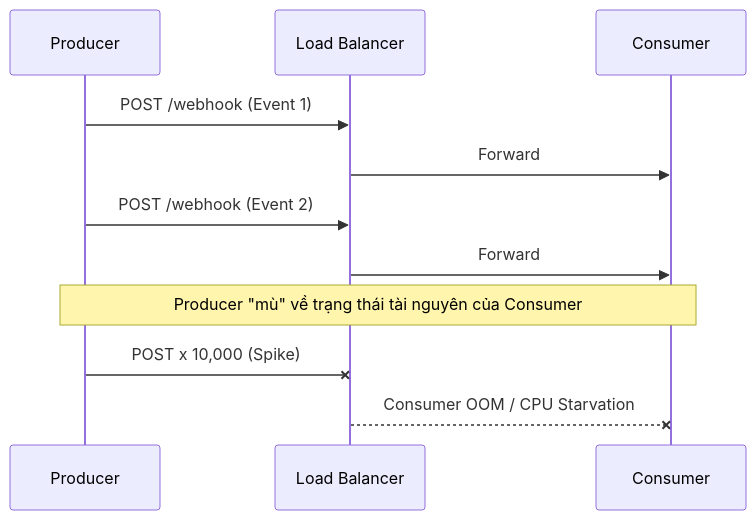
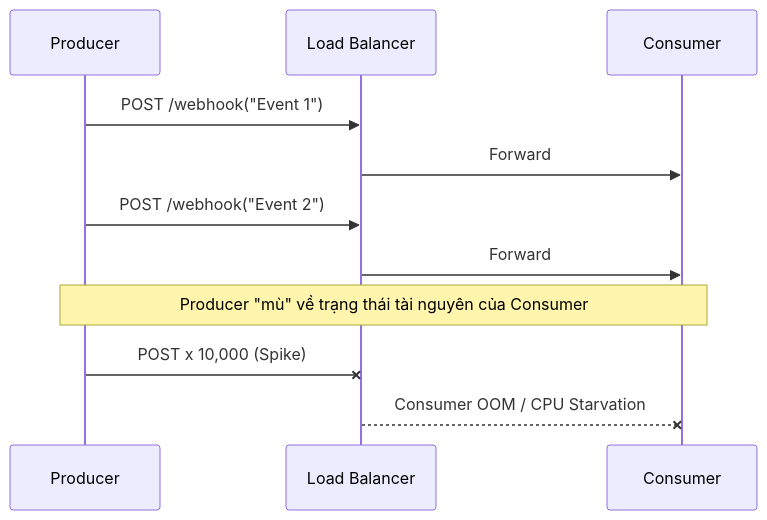
The first of 2 diagrams in src/content/docs/concepts/1-distributed-systems-architecture/push-pull-delivery.md (kythuatdulieu/kythuatdulieu.github.io), drawn with Mermaid before and after one commit. The commit also changed other lines of this file and 190 other files, not shown here.

Commit message:
fix: resolve mermaid syntax, math rendering, and metadata issues from content rewrite

````diff
--- a/src/content/docs/concepts/1-distributed-systems-architecture/push-pull-delivery.md
+++ b/src/content/docs/concepts/1-distributed-systems-architecture/push-pull-delivery.md
@@ -23,14 +23,14 @@
 ```mermaid
 sequenceDiagram
     participant P as Producer
     participant LB as Load Balancer
     participant C as Consumer
 
-    P->>LB: POST /webhook (Event 1)
+    P->>LB: POST /webhook("Event 1")
     LB->>C: Forward
-    P->>LB: POST /webhook (Event 2)
+    P->>LB: POST /webhook("Event 2")
     LB->>C: Forward
     Note over P, C: Producer "mù" về trạng thái tài nguyên của Consumer
     P-xLB: POST x 10,000 (Spike)
     LB--xC: Consumer OOM / CPU Starvation
 ```
````
